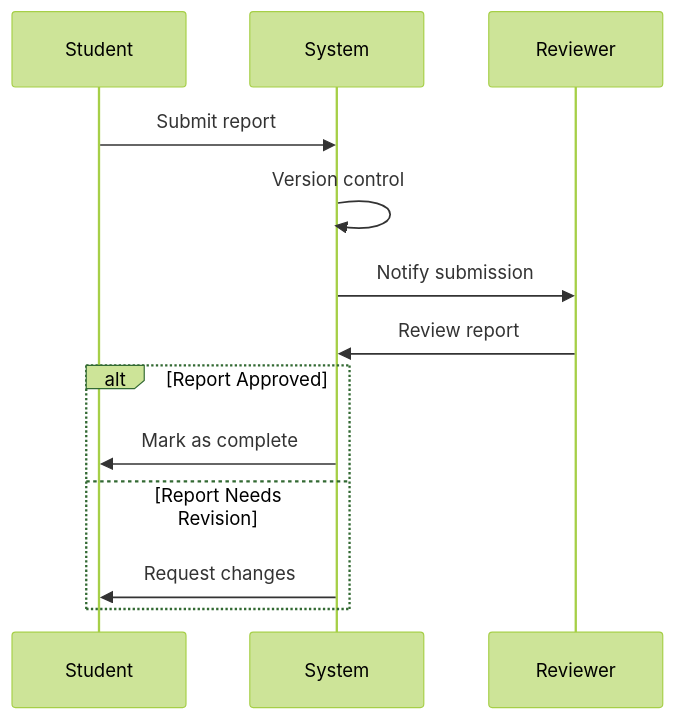
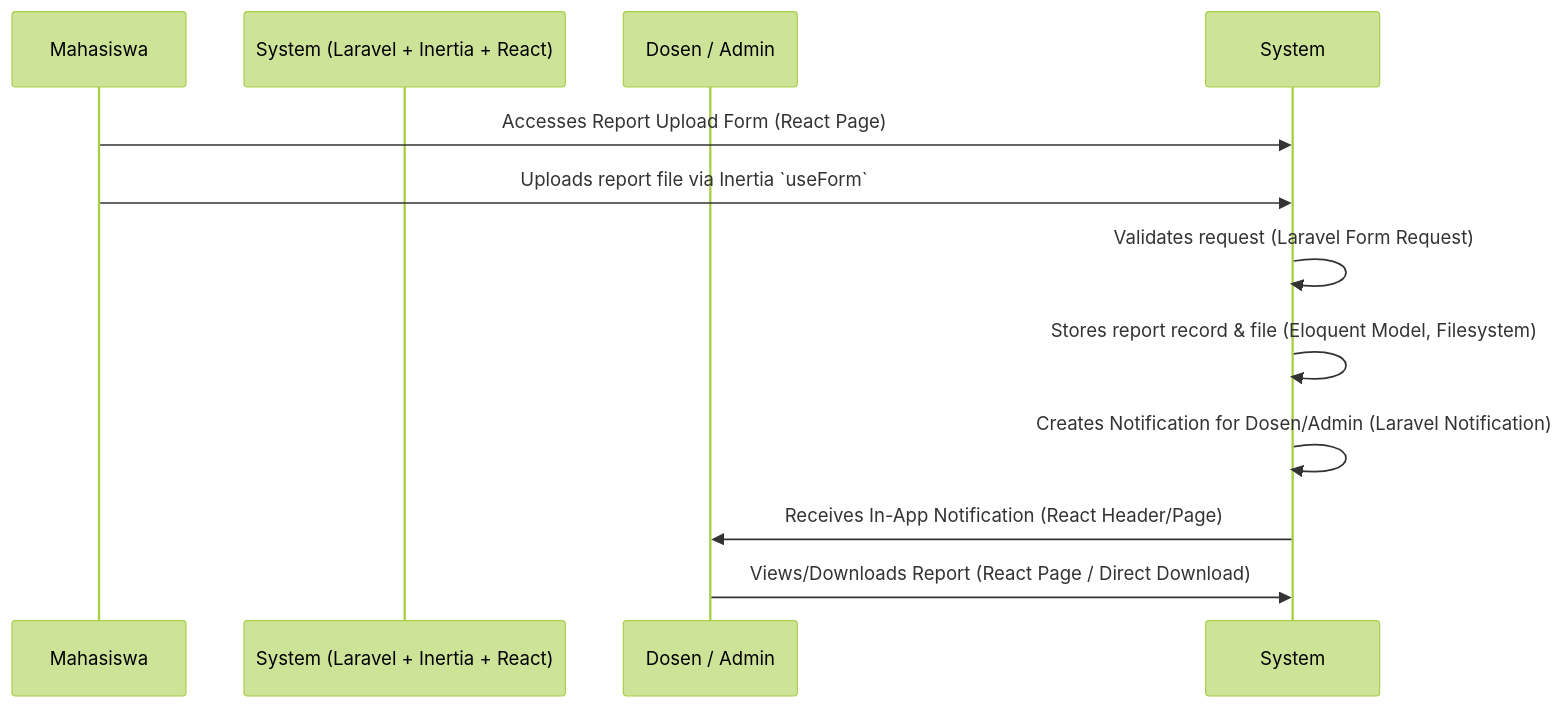
The third of 3 diagrams in memory-bank/systemPatterns.md (NeddyAP/manajemen-magang), drawn with Mermaid (forest theme) before and after one commit. The commit also changed other lines of this file and 5 other files, not shown here.

````diff
--- a/memory-bank/systemPatterns.md
+++ b/memory-bank/systemPatterns.md
@@ -45,16 +48,15 @@
 ```mermaid
 sequenceDiagram
-    participant Student
-    participant System
-    participant Reviewer
+    participant Mahasiswa
+    participant System (Laravel + Inertia + React)
+    participant Dosen / Admin
 
-    Student->>System: Submit report
-    System->>System: Version control
-    System->>Reviewer: Notify submission
-    Reviewer->>System: Review report
-    alt Report Approved
-        System->>Student: Mark as complete
-    else Report Needs Revision
-        System->>Student: Request changes
-    end
+    Mahasiswa->>System: Accesses Report Upload Form (React Page)
+    Mahasiswa->>System: Uploads report file via Inertia `useForm`
+    System->>System: Validates request (Laravel Form Request)
+    System->>System: Stores report record & file (Eloquent Model, Filesystem)
+    System->>System: Creates Notification for Dosen/Admin (Laravel Notification)
+    System->>Dosen / Admin: Receives In-App Notification (React Header/Page)
+    Dosen / Admin->>System: Views/Downloads Report (React Page / Direct Download)
+    %% Admin->>System: Updates Status (Future Enhancement)
 ```
````
